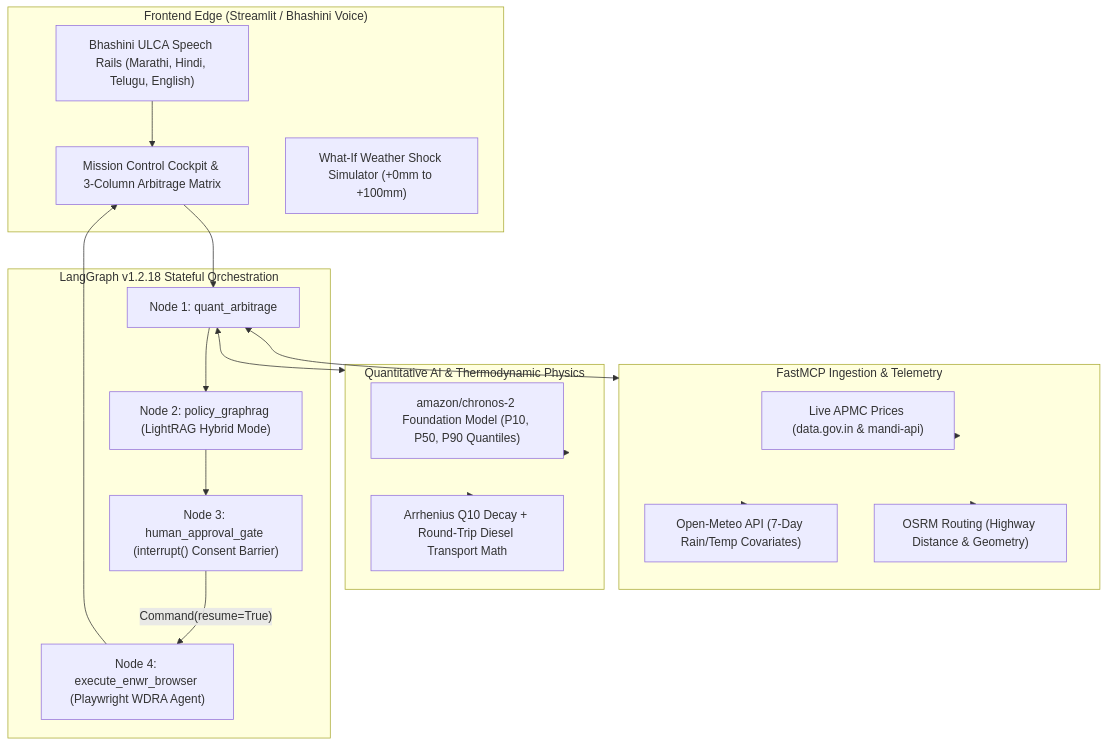
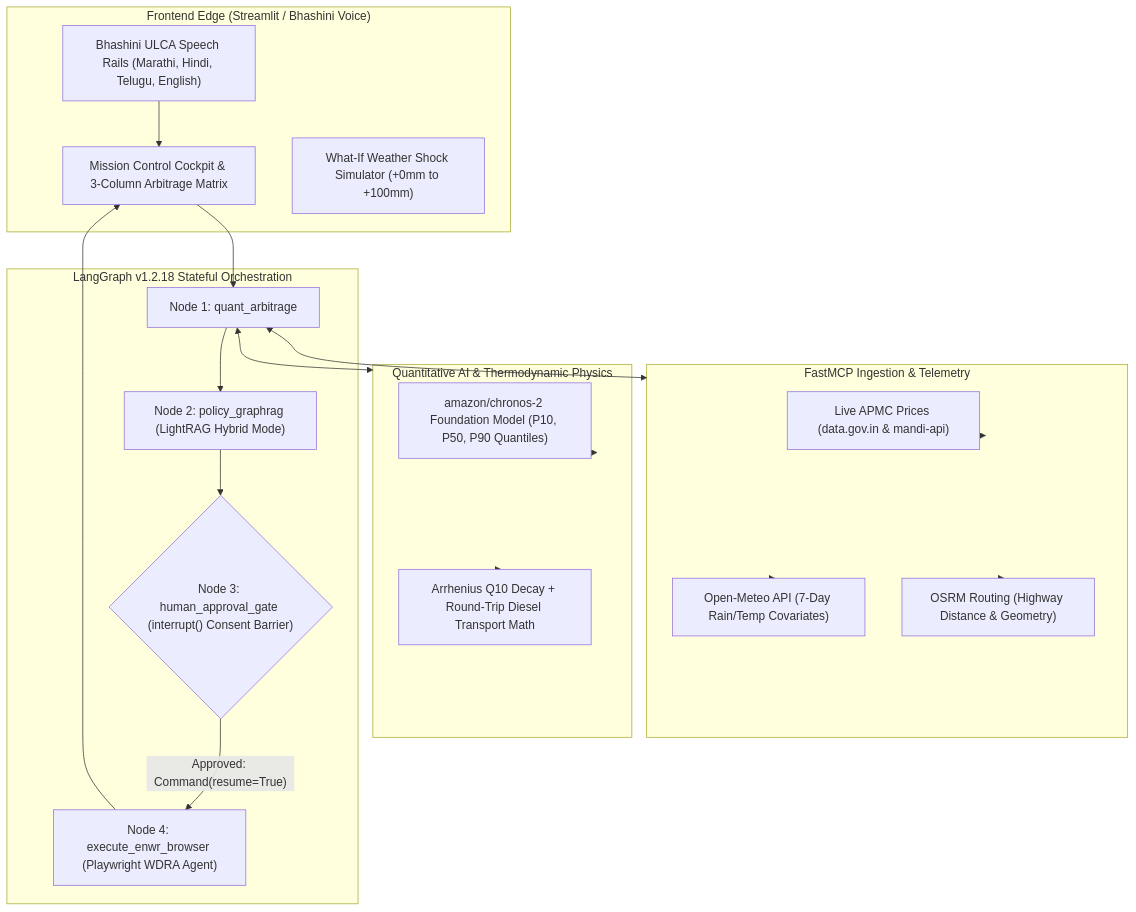
The diagram in README.md (0xabhilok/krishiartha-mcp), drawn with Mermaid before and after one commit. The commit also changed other lines of this file and 1 other file, not shown here.

Commit message:
docs: polish README into world-class open-source specification, fix GitHub KaTeX math rendering, and link system architecture spec

````diff
--- a/README.md
+++ b/README.md
@@ -46,37 +46,37 @@
 ```mermaid
 flowchart TB
     subgraph Client["Frontend Edge (Streamlit / Bhashini Voice)"]
         Voice["Bhashini ULCA Speech Rails (Marathi, Hindi, Telugu, English)"]
         UI["Mission Control Cockpit & 3-Column Arbitrage Matrix"]
         ShockSlider["What-If Weather Shock Simulator (+0mm to +100mm)"]
     end
 
     subgraph FastMCP["FastMCP Ingestion & Telemetry"]
         MandiAPI["Live APMC Prices (data.gov.in & mandi-api)"]
         WeatherAPI["Open-Meteo API (7-Day Rain/Temp Covariates)"]
         OSRMAPI["OSRM Routing (Highway Distance & Geometry)"]
     end
 
     subgraph CoreEngine["Quantitative AI & Thermodynamic Physics"]
         Chronos["amazon/chronos-2 Foundation Model (P10, P50, P90 Quantiles)"]
         Spoilage["Arrhenius Q10 Decay + Round-Trip Diesel Transport Math"]
     end
 
     subgraph Governance["LangGraph v1.2.18 Stateful Orchestration"]
         Node1["Node 1: quant_arbitrage"]
         Node2["Node 2: policy_graphrag (LightRAG Hybrid Mode)"]
-        Gate["Node 3: human_approval_gate (interrupt() Consent Barrier)"]
+        Gate{"Node 3: human_approval_gate (interrupt() Consent Barrier)"}
         Node4["Node 4: execute_enwr_browser (Playwright WDRA Agent)"]
     end
 
     Voice --> UI
     UI --> Node1
     Node1 <--> FastMCP
     FastMCP --> MandiAPI & WeatherAPI & OSRMAPI
     Node1 <--> CoreEngine
     CoreEngine --> Chronos & Spoilage
     Node1 --> Node2
     Node2 --> Gate
-    Gate -- "Command(resume=True)" --> Node4
+    Gate -- "Approved: Command(resume=True)" --> Node4
     Node4 --> UI
 ```
````
